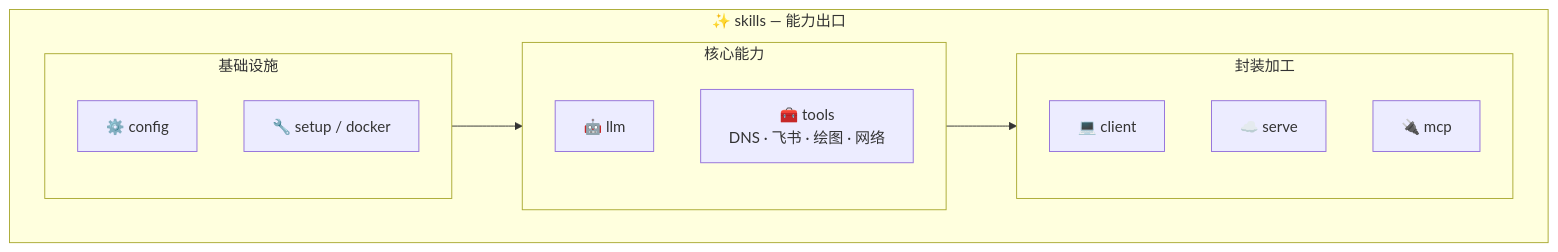
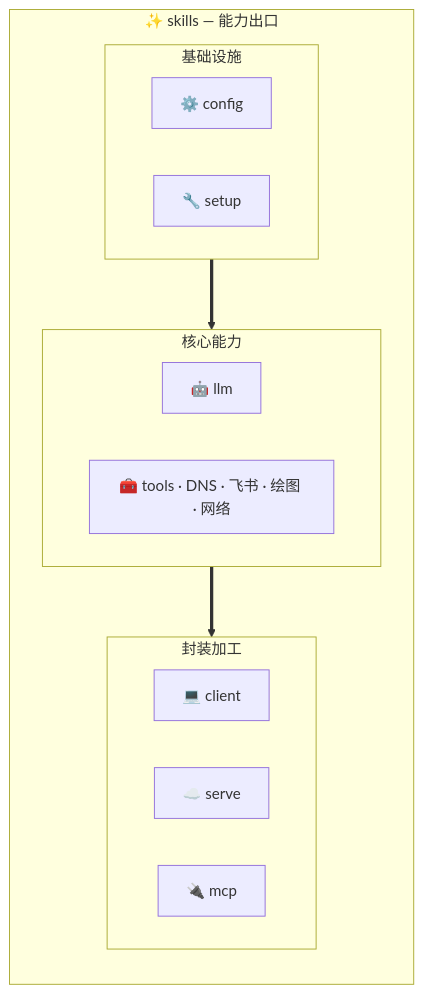
One commit to cubenlp/ChatTool changed the diagram in docs/index.md. Above: the diagram before and after it, drawn with Mermaid.

Commit message:
docs: adjust diagram spacing, arrow style, rename setup/docker to setup

````diff
--- a/docs/index.md
+++ b/docs/index.md
@@ -20,20 +20,24 @@
 ```mermaid
 flowchart TB
     subgraph SKILLS["✨ skills — 能力出口"]
+        direction TB
         subgraph WRAP["封装加工"]
+            direction LR
             CLIENT["💻 client"]
             SERVE["☁️ serve"]
             MCP["🔌 mcp"]
         end
         subgraph CORE["核心能力"]
+            direction LR
             LLM["🤖 llm"]
-            TOOLS["🧰 tools\nDNS · 飞书 · 绘图 · 网络"]
+            TOOLS["🧰 tools · DNS · 飞书 · 绘图 · 网络"]
         end
         subgraph INFRA["基础设施"]
+            direction LR
             CFG["⚙️ config"]
-            SETUP["🔧 setup / docker"]
+            SETUP["🔧 setup"]
         end
     end
 
-    INFRA --> CORE --> WRAP
+    INFRA ==> CORE ==> WRAP
 ```
````
